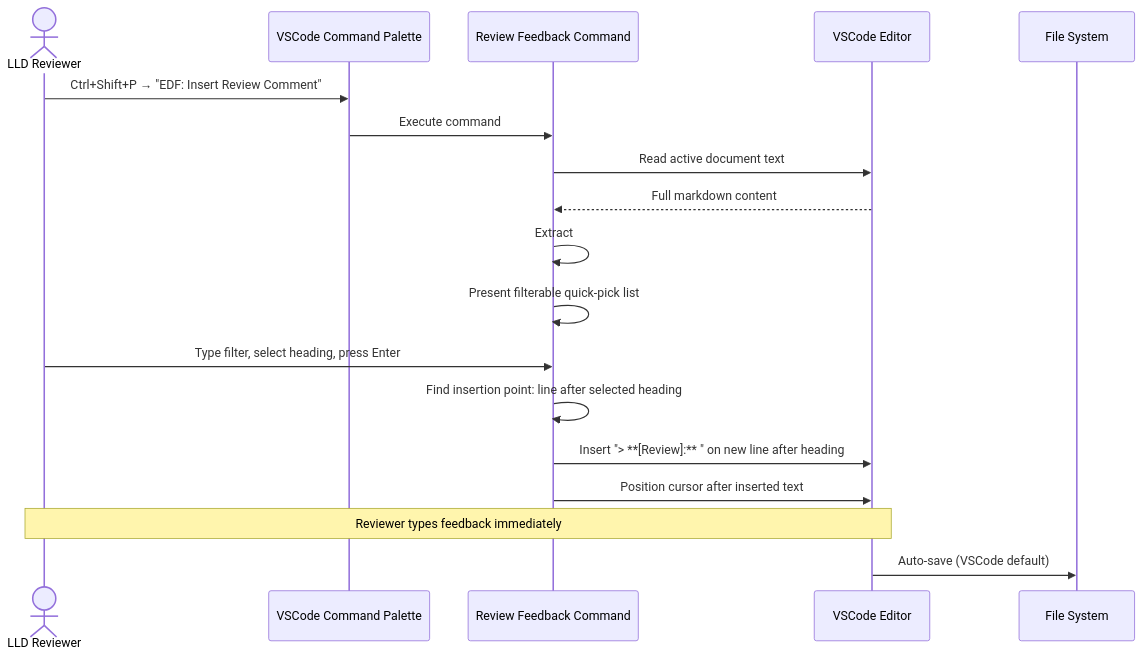
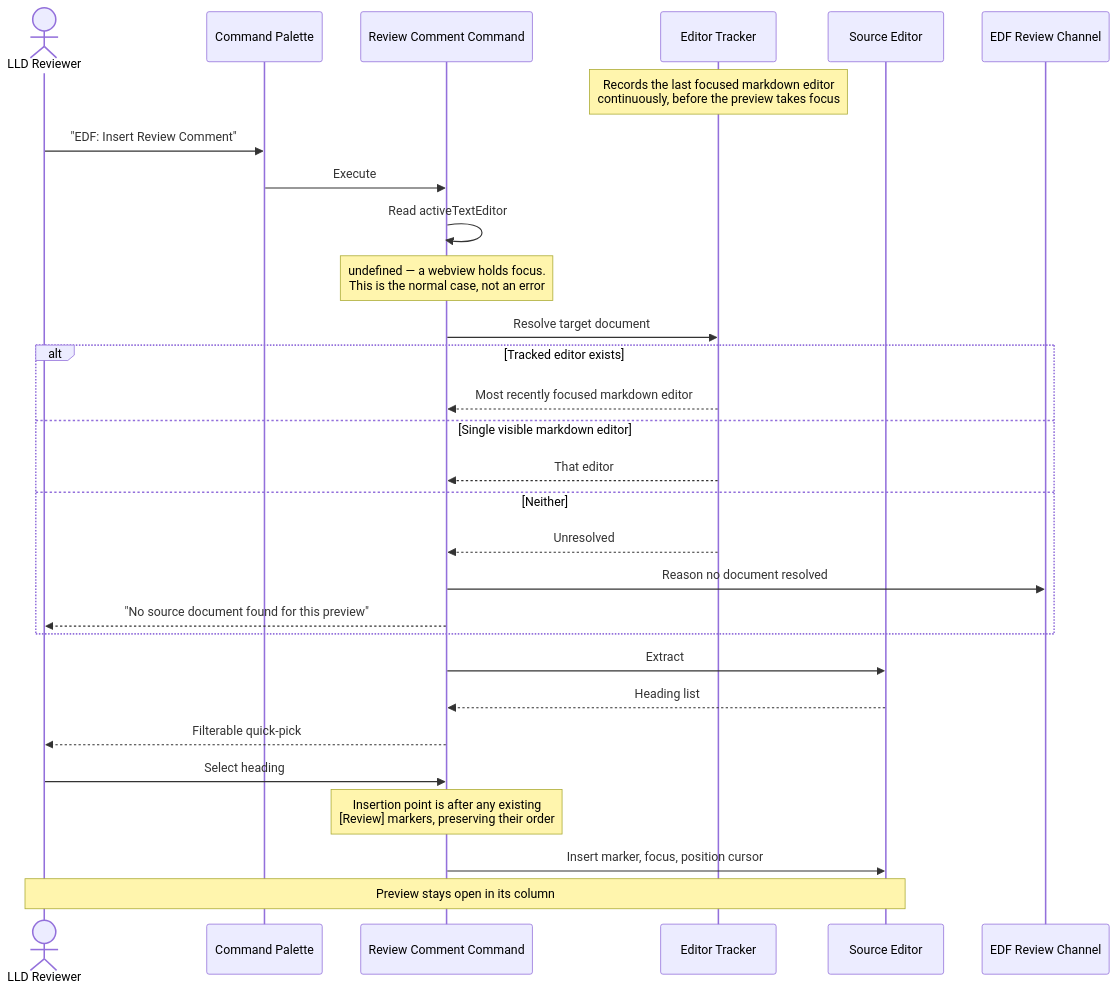
One commit to mironyx/engineering-delivery-framework changed the fourth of 5 diagrams in plugins/edf/docs/design/v1/v1-design.md. Above: the diagram before and after it, drawn with Mermaid. The commit also changed other lines of this file, not shown here.

````diff
--- a/plugins/edf/docs/design/v1/v1-design.md
+++ b/plugins/edf/docs/design/v1/v1-design.md
@@ -462,21 +463,32 @@
 ```mermaid
 sequenceDiagram
     actor Reviewer as LLD Reviewer
-    participant CmdPalette as VSCode Command Palette
-    participant ReviewCmd as Review Feedback Command
-    participant Editor as VSCode Editor
-    participant FS as File System
+    participant Palette as Command Palette
+    participant Cmd as Review Comment Command
+    participant Tracker as Editor Tracker
+    participant Editor as Source Editor
+    participant Log as EDF Review Channel
 
-    Reviewer->>CmdPalette: Ctrl+Shift+P → "EDF: Insert Review Comment"
-    CmdPalette->>ReviewCmd: Execute command
-    ReviewCmd->>Editor: Read active document text
-    Editor-->>ReviewCmd: Full markdown content
-    ReviewCmd->>ReviewCmd: Extract ##/### headings with line numbers
-    ReviewCmd->>ReviewCmd: Present filterable quick-pick list
-    Reviewer->>ReviewCmd: Type filter, select heading, press Enter
-    ReviewCmd->>ReviewCmd: Find insertion point: line after selected heading
-    ReviewCmd->>Editor: Insert "> **[Review]:** " on new line after heading
-    ReviewCmd->>Editor: Position cursor after inserted text
-    Note over Reviewer,Editor: Reviewer types feedback immediately
-    Editor->>FS: Auto-save (VSCode default)
+    Note over Tracker: Records the last focused markdown editor<br/>continuously, before the preview takes focus
+    Reviewer->>Palette: "EDF: Insert Review Comment"
+    Palette->>Cmd: Execute
+    Cmd->>Cmd: Read activeTextEditor
+    Note over Cmd: undefined — a webview holds focus.<br/>This is the normal case, not an error
+    Cmd->>Tracker: Resolve target document
+    alt Tracked editor exists
+        Tracker-->>Cmd: Most recently focused markdown editor
+    else Single visible markdown editor
+        Tracker-->>Cmd: That editor
+    else Neither
+        Tracker-->>Cmd: Unresolved
+        Cmd->>Log: Reason no document resolved
+        Cmd-->>Reviewer: "No source document found for this preview"
+    end
+    Cmd->>Editor: Extract ## and ### headings with line numbers
+    Editor-->>Cmd: Heading list
+    Cmd-->>Reviewer: Filterable quick-pick
+    Reviewer->>Cmd: Select heading
+    Note over Cmd: Insertion point is after any existing<br/>[Review] markers, preserving their order
+    Cmd->>Editor: Insert marker, focus, position cursor
+    Note over Reviewer,Editor: Preview stays open in its column
 ```
````
